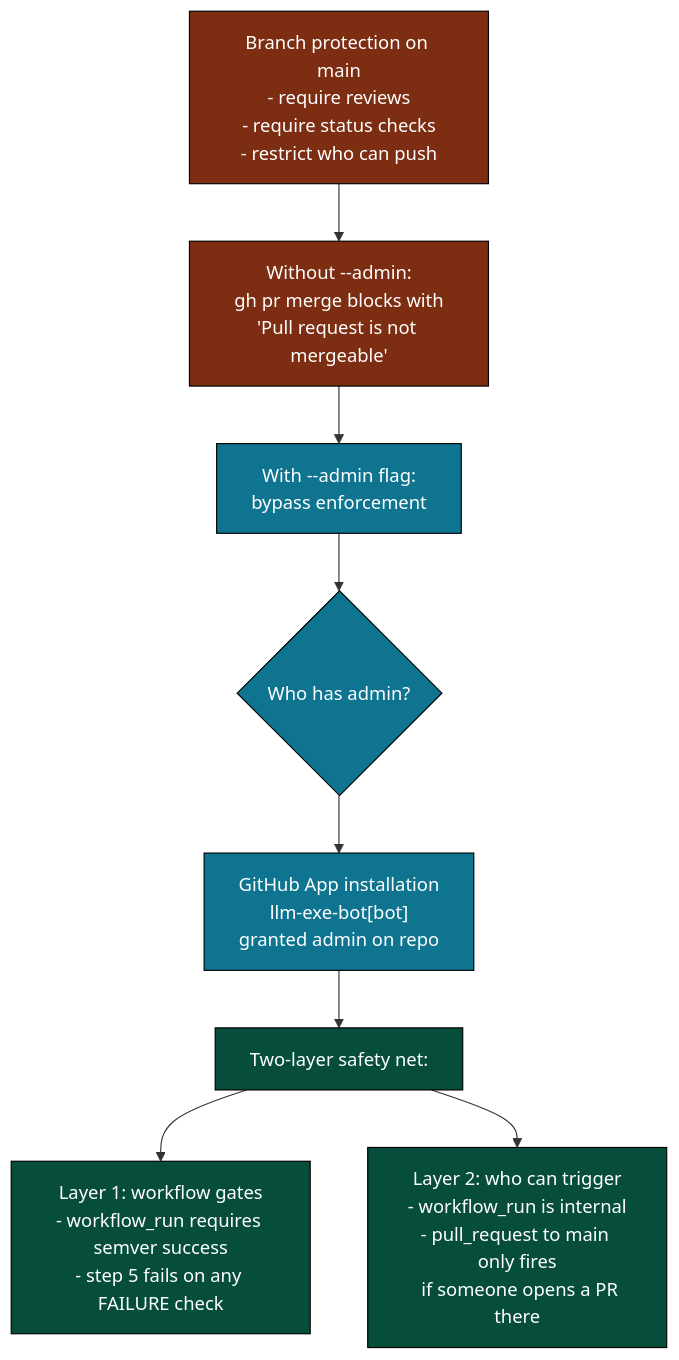
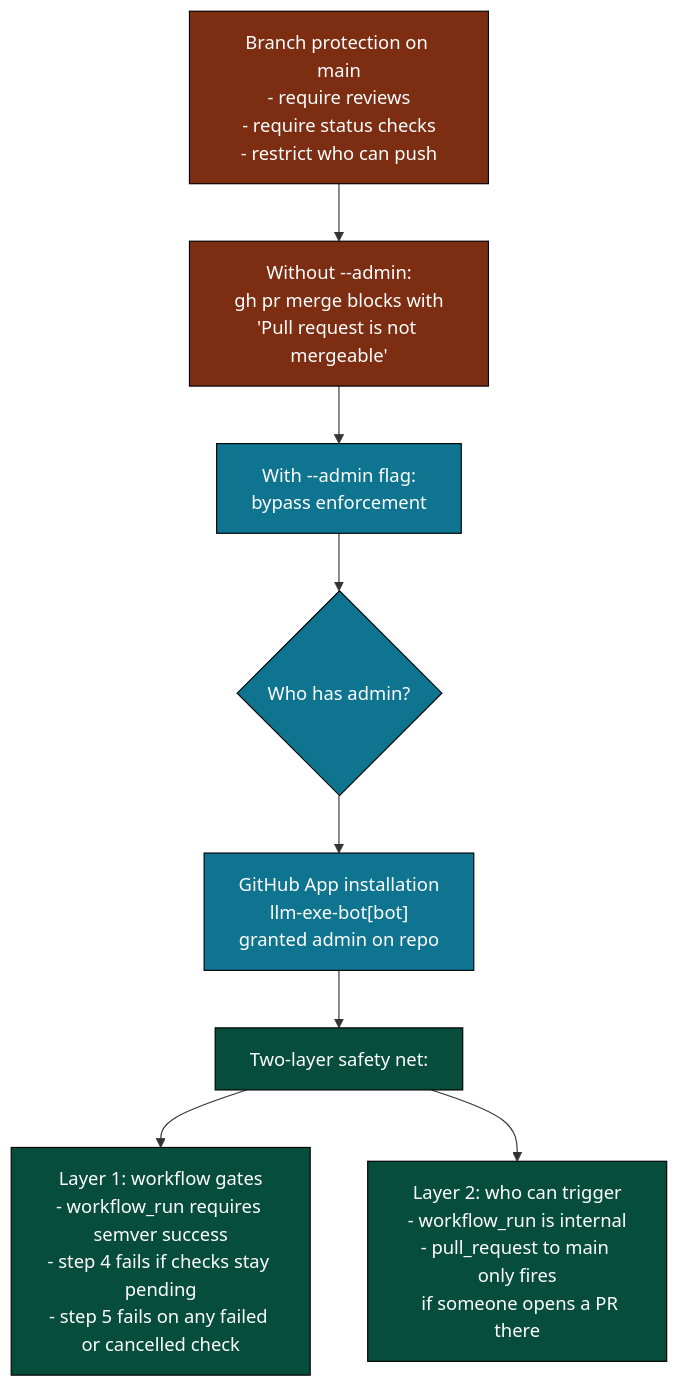
The tenth of 13 diagrams in .github/docs/AUTO_MERGE_MAIN_PR_DEEP_DIVE.md (llm-exe/llm-exe), drawn with Mermaid before and after one commit. The commit also changed other lines of this file and 2 other files, not shown here.

First line of the commit message:
ci(auto-merge): wait for queued checks and fail closed on timeout

````diff
--- a/.github/docs/AUTO_MERGE_MAIN_PR_DEEP_DIVE.md
+++ b/.github/docs/AUTO_MERGE_MAIN_PR_DEEP_DIVE.md
@@ -418,19 +417,19 @@
 ```mermaid
 flowchart TB
     classDef rule fill:#7c2d12,color:#fff,stroke:#000
     classDef bypass fill:#0e7490,color:#fff,stroke:#000
     classDef safe fill:#064e3b,color:#fff,stroke:#000
 
     BP["Branch protection on main\n- require reviews\n- require status checks\n- restrict who can push"]:::rule
 
     BP --> A["Without --admin:\ngh pr merge blocks with\n'Pull request is not mergeable'"]:::rule
 
     A --> B["With --admin flag:\nbypass enforcement"]:::bypass
 
     B --> C{Who has admin?}:::bypass
     C --> D["GitHub App installation\nllm-exe-bot[bot]\ngranted admin on repo"]:::bypass
 
     D --> E["Two-layer safety net:"]:::safe
-    E --> F["Layer 1: workflow gates\n- workflow_run requires semver success\n- step 5 fails on any FAILURE check"]:::safe
+    E --> F["Layer 1: workflow gates\n- workflow_run requires semver success\n- step 4 fails if checks stay pending\n- step 5 fails on any failed or cancelled check"]:::safe
     E --> G["Layer 2: who can trigger\n- workflow_run is internal\n- pull_request to main only fires\n  if someone opens a PR there"]:::safe
 ```
````
